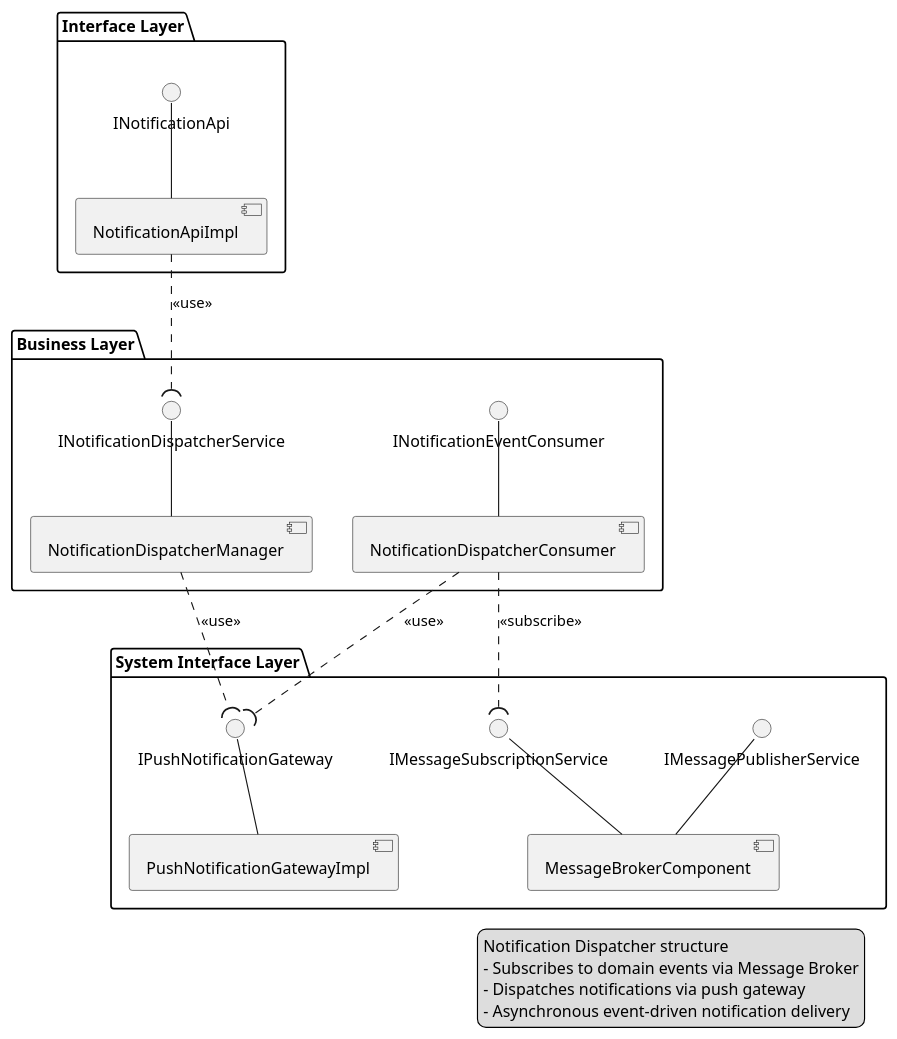
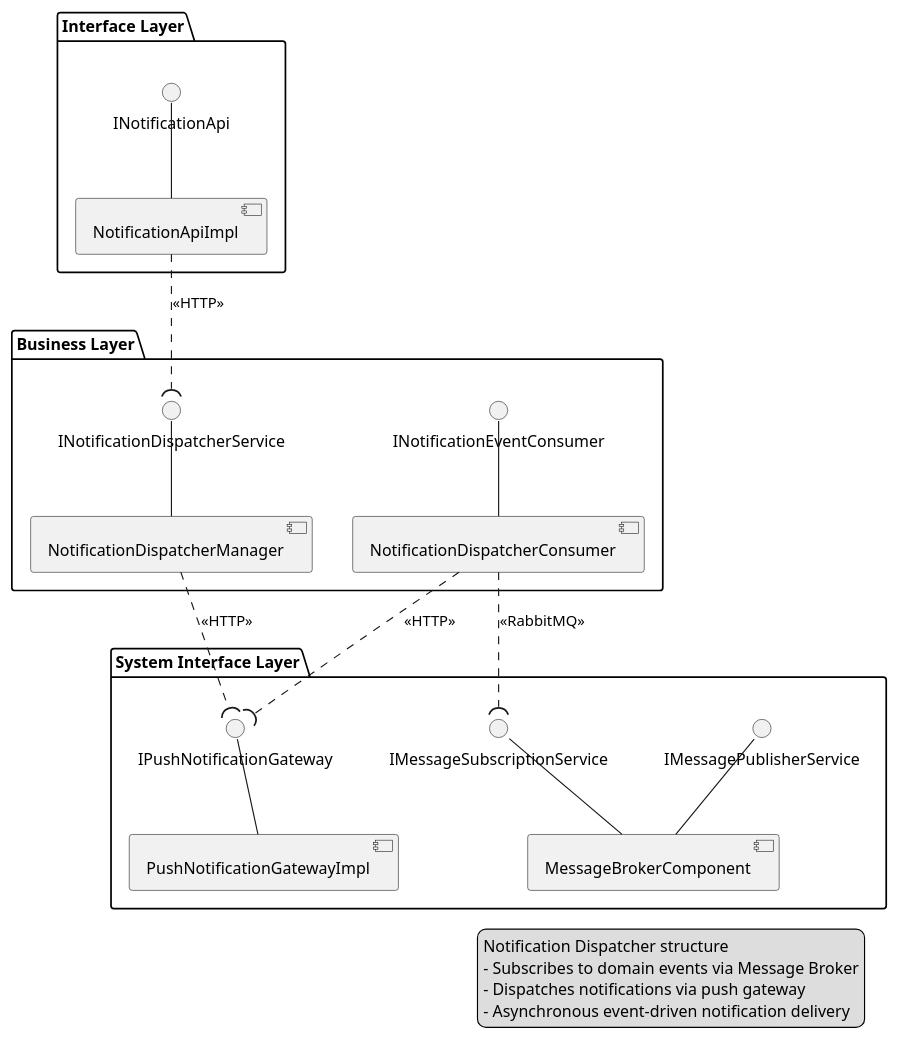
Before and after one commit to yoon2eyo/GITHUB: the diagram in ComponentDiagram/06_NotificationDispatcherComponent.puml, drawn with PlantUML. The commit also changed 51 other files, not shown here.

```diff
--- a/ComponentDiagram/06_NotificationDispatcherComponent.puml
+++ b/ComponentDiagram/06_NotificationDispatcherComponent.puml
@@ -1,52 +1,52 @@
 @startuml NotificationDispatcherComponent
 ' NotificationDispatcher_component.puml (가이드 준수)
 
 package "Interface Layer" {
   interface INotificationApi
   component NotificationApiImpl
   INotificationApi -- NotificationApiImpl
 }
 
 package "Business Layer" {
   interface INotificationDispatcherService
   interface INotificationEventConsumer
   
   component NotificationDispatcherManager
   component NotificationDispatcherConsumer
   
   ' Service implementations
   INotificationDispatcherService -- NotificationDispatcherManager
   INotificationEventConsumer -- NotificationDispatcherConsumer
 }
 
 package "System Interface Layer" {
   interface IPushNotificationGateway
   interface IMessageSubscriptionService
   interface IMessagePublisherService
   
   component PushNotificationGatewayImpl
   component MessageBrokerComponent
   
   ' System interface implementations
   IPushNotificationGateway -- PushNotificationGatewayImpl
   IMessageSubscriptionService -- MessageBrokerComponent
   IMessagePublisherService -- MessageBrokerComponent
 }
 
 ' 패키지 외부 연결
 ' Interface Layer -> Business Layer
-NotificationApiImpl ..( INotificationDispatcherService : <<use>>
+NotificationApiImpl ..( INotificationDispatcherService : <<HTTP>>
 
 ' Business Layer -> System Interface Layer
-NotificationDispatcherManager ..( IPushNotificationGateway : <<use>>
-NotificationDispatcherConsumer ..( IPushNotificationGateway : <<use>>
-NotificationDispatcherConsumer ..( IMessageSubscriptionService : <<subscribe>>
+NotificationDispatcherManager ..( IPushNotificationGateway : <<HTTP>>
+NotificationDispatcherConsumer ..( IPushNotificationGateway : <<HTTP>>
+NotificationDispatcherConsumer ..( IMessageSubscriptionService : <<RabbitMQ>>
 
 legend right
   Notification Dispatcher structure
   - Subscribes to domain events via Message Broker
   - Dispatches notifications via push gateway
   - Asynchronous event-driven notification delivery
 end legend
 
 @enduml
```
